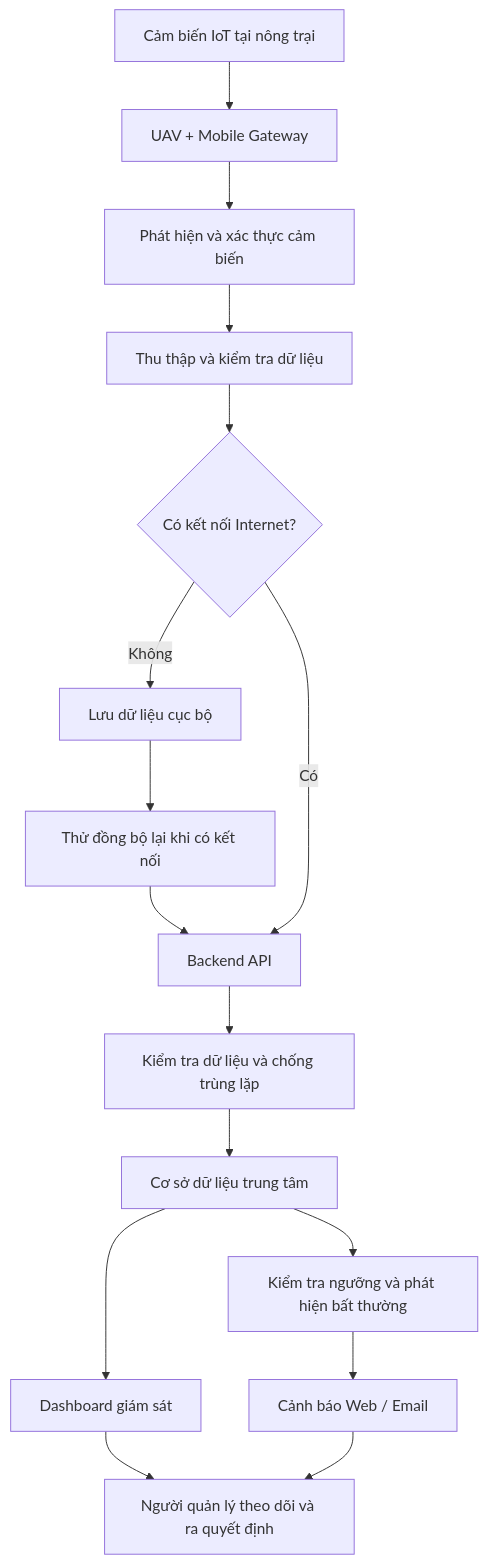
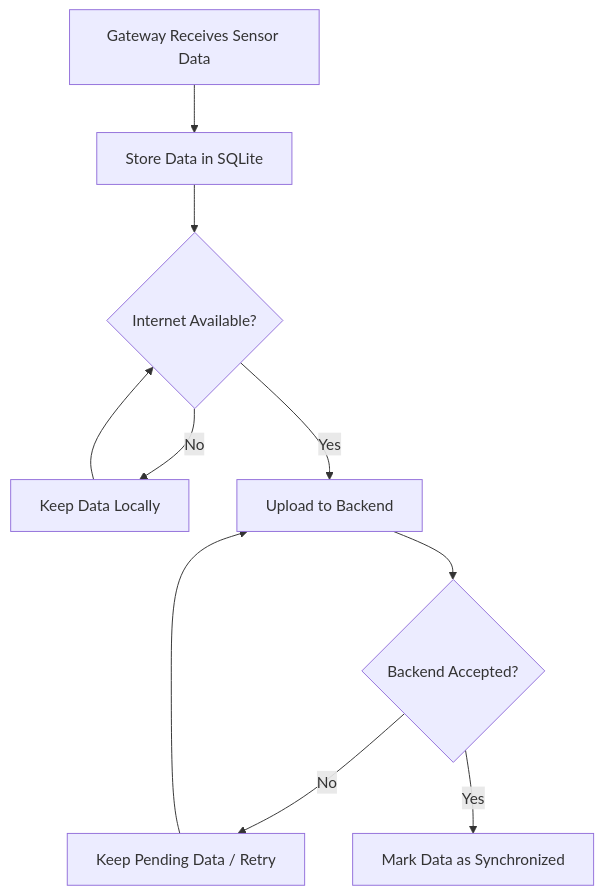
The third of 3 diagrams in README.md (An11-Whale/He-Thong-Dat-Phong-), drawn with Mermaid before and after one commit. The commit also changed other lines of this file and 3 other files, not shown here.

````diff
--- a/README.md
+++ b/README.md
@@ -38,18 +372,12 @@
 ```mermaid
 flowchart TD
-    A["Cảm biến IoT tại nông trại"] --> B["UAV + Mobile Gateway"]
-    B --> C["Phát hiện và xác thực cảm biến"]
-    C --> D["Thu thập và kiểm tra dữ liệu"]
-    D --> E{"Có kết nối Internet?"}
-    E -- "Không" --> F["Lưu dữ liệu cục bộ"]
-    F --> G["Thử đồng bộ lại khi có kết nối"]
-    G --> H["Backend API"]
-    E -- "Có" --> H
-    H --> I["Kiểm tra dữ liệu và chống trùng lặp"]
-    I --> J["Cơ sở dữ liệu trung tâm"]
-    J --> K["Dashboard giám sát"]
-    J --> L["Kiểm tra ngưỡng và phát hiện bất thường"]
-    L --> M["Cảnh báo Web / Email"]
-    K --> N["Người quản lý theo dõi và ra quyết định"]
-    M --> N
+    A["Gateway Receives Sensor Data"] --> B["Store Data in SQLite"]
+    B --> C{"Internet Available?"}
+    C -->|"No"| D["Keep Data Locally"]
+    D --> C
+    C -->|"Yes"| E["Upload to Backend"]
+    E --> F{"Backend Accepted?"}
+    F -->|"No"| G["Keep Pending Data / Retry"]
+    G --> E
+    F -->|"Yes"| H["Mark Data as Synchronized"]
 ```
````
